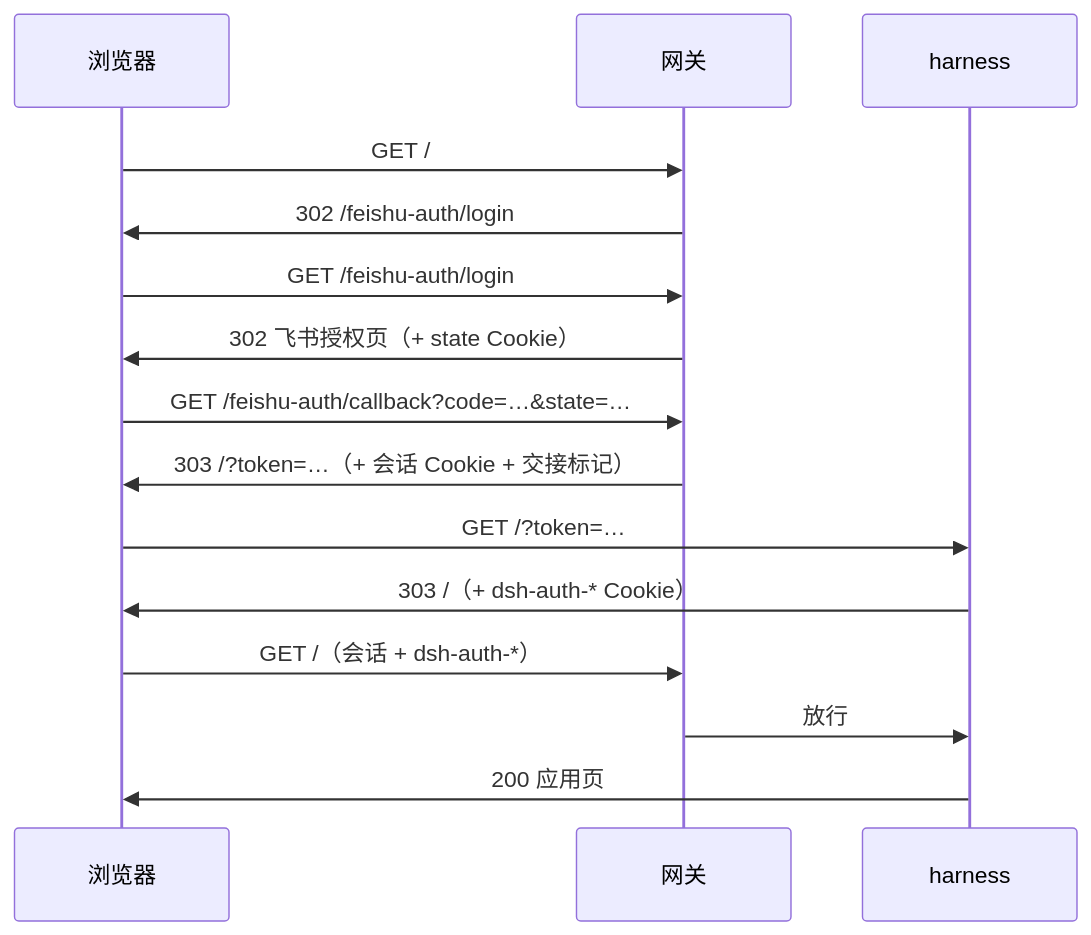
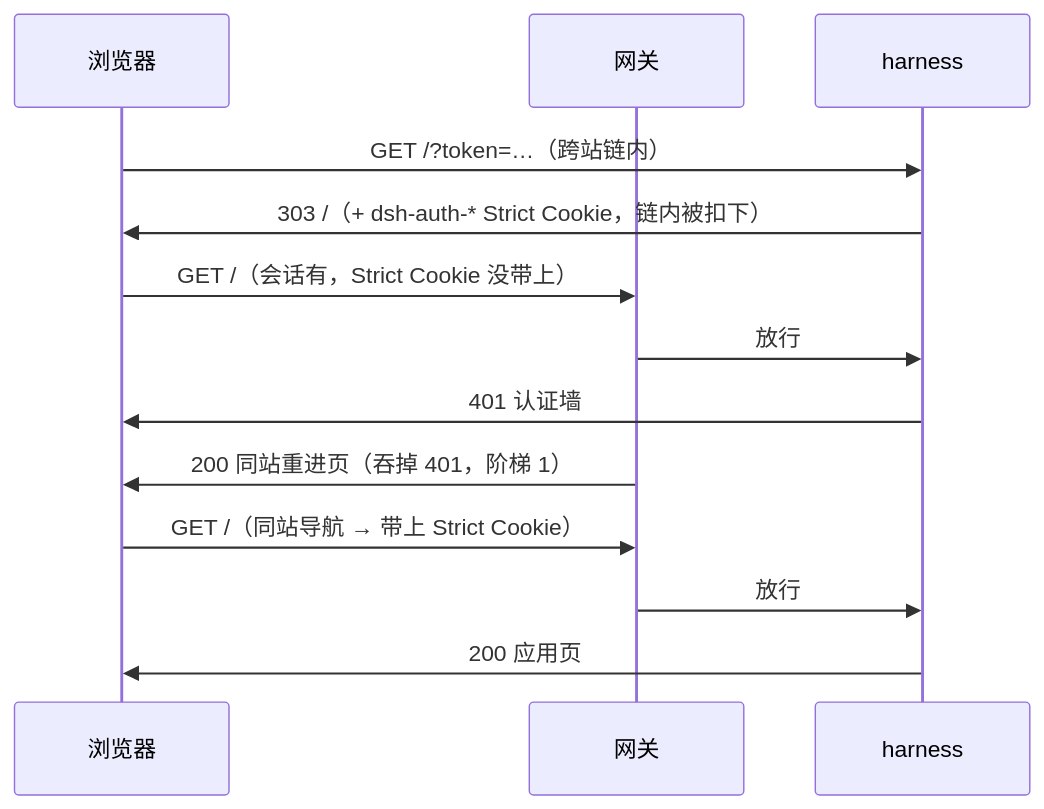
The third of 3 diagrams in docs/architecture.md (jianghuifr/dsh-feishu-auth), drawn with Mermaid before and after one commit. The commit also changed other lines of this file and 6 other files, not shown here.

````diff
--- a/docs/architecture.md
+++ b/docs/architecture.md
@@ -77,17 +100,15 @@
 ```mermaid
 sequenceDiagram
     participant B as 浏览器
     participant G as 网关
     participant H as harness
-    B->>G: GET /
-    G->>B: 302 /feishu-auth/login
-    B->>G: GET /feishu-auth/login
-    G->>B: 302 飞书授权页（+ state Cookie）
-    B->>G: GET /feishu-auth/callback?code=…&state=…
-    G->>B: 303 /?token=…（+ 会话 Cookie + 交接标记）
-    B->>H: GET /?token=…
-    H->>B: 303 /（+ dsh-auth-* Cookie）
-    B->>G: GET /（会话 + dsh-auth-*）
+    B->>H: GET /?token=…（跨站链内）
+    H->>B: 303 /（+ dsh-auth-* Strict Cookie，链内被扣下）
+    B->>G: GET /（会话有，Strict Cookie 没带上）
+    G->>H: 放行
+    H->>B: 401 认证墙
+    G->>B: 200 同站重进页（吞掉 401，阶梯 1）
+    B->>G: GET /（同站导航 → 带上 Strict Cookie）
     G->>H: 放行
     H->>B: 200 应用页
 ```
````
